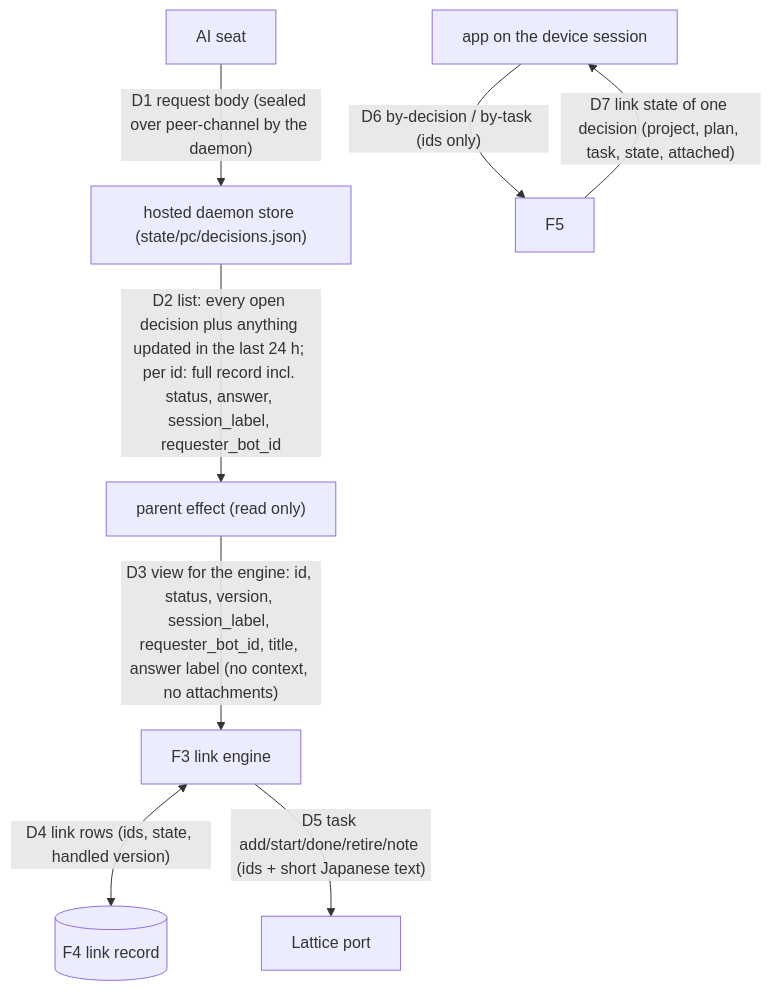
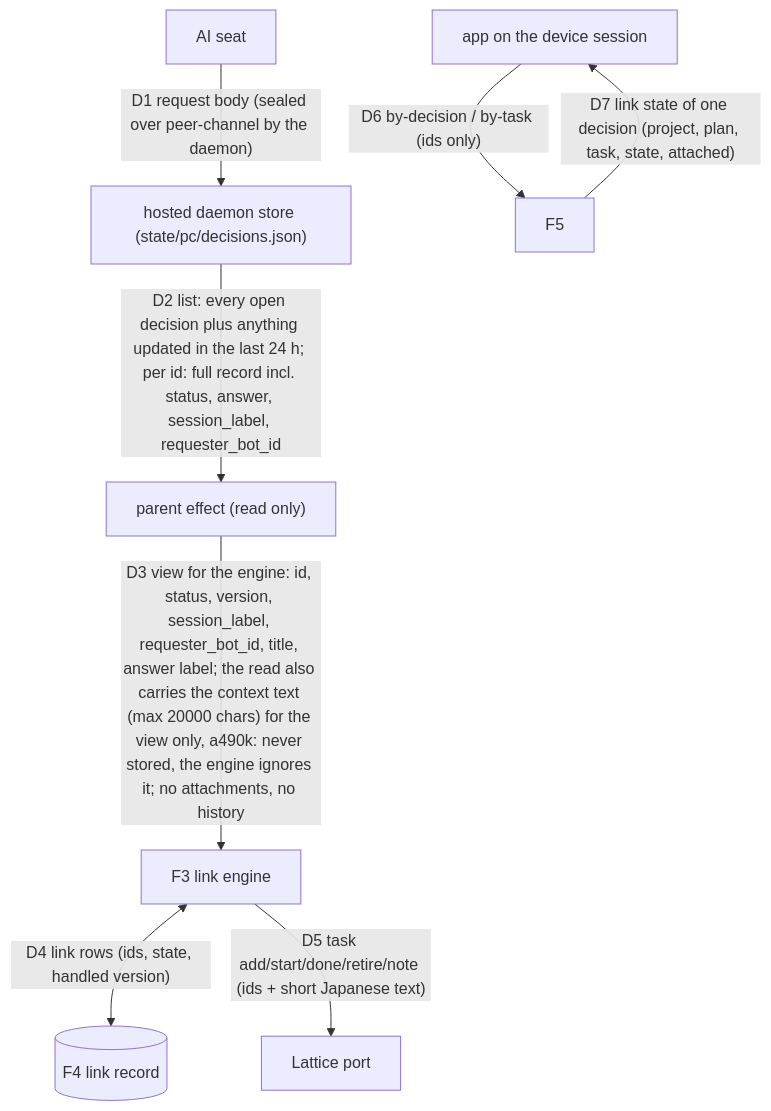
One commit to kitepon/BellTeam changed the second of 2 diagrams in docs/architecture/modules/approval-box-extension/peer-channel-feed.md. Above: the diagram before and after it, drawn with Mermaid. The commit also changed 6 other files, not shown here.

Commit message:
a490k: the view shows the context text of the daemon's decisions

````diff
--- a/docs/architecture/modules/approval-box-extension/peer-channel-feed.md
+++ b/docs/architecture/modules/approval-box-extension/peer-channel-feed.md
@@ -46,10 +46,10 @@
 ```mermaid
 flowchart TD
   AI["AI seat"] -- "D1 request body (sealed over peer-channel by the daemon)" --> DM["hosted daemon store (state/pc/decisions.json)"]
   DM -- "D2 list: every open decision plus anything updated in the last 24 h; per id: full record incl. status, answer, session_label, requester_bot_id" --> PAR["parent effect (read only)"]
-  PAR -- "D3 view for the engine: id, status, version, session_label, requester_bot_id, title, answer label (no context, no attachments)" --> F3["F3 link engine"]
+  PAR -- "D3 view for the engine: id, status, version, session_label, requester_bot_id, title, answer label; the read also carries the context text (max 20000 chars) for the view only, a490k: never stored, the engine ignores it; no attachments, no history" --> F3["F3 link engine"]
   F3 <-- "D4 link rows (ids, state, handled version)" --> F4[("F4 link record")]
   F3 -- "D5 task add/start/done/retire/note (ids + short Japanese text)" --> LP["Lattice port"]
   APP["app on the device session"] -- "D6 by-decision / by-task (ids only)" --> F5["F5"]
   F5 -- "D7 link state of one decision (project, plan, task, state, attached)" --> APP
 ```
````
